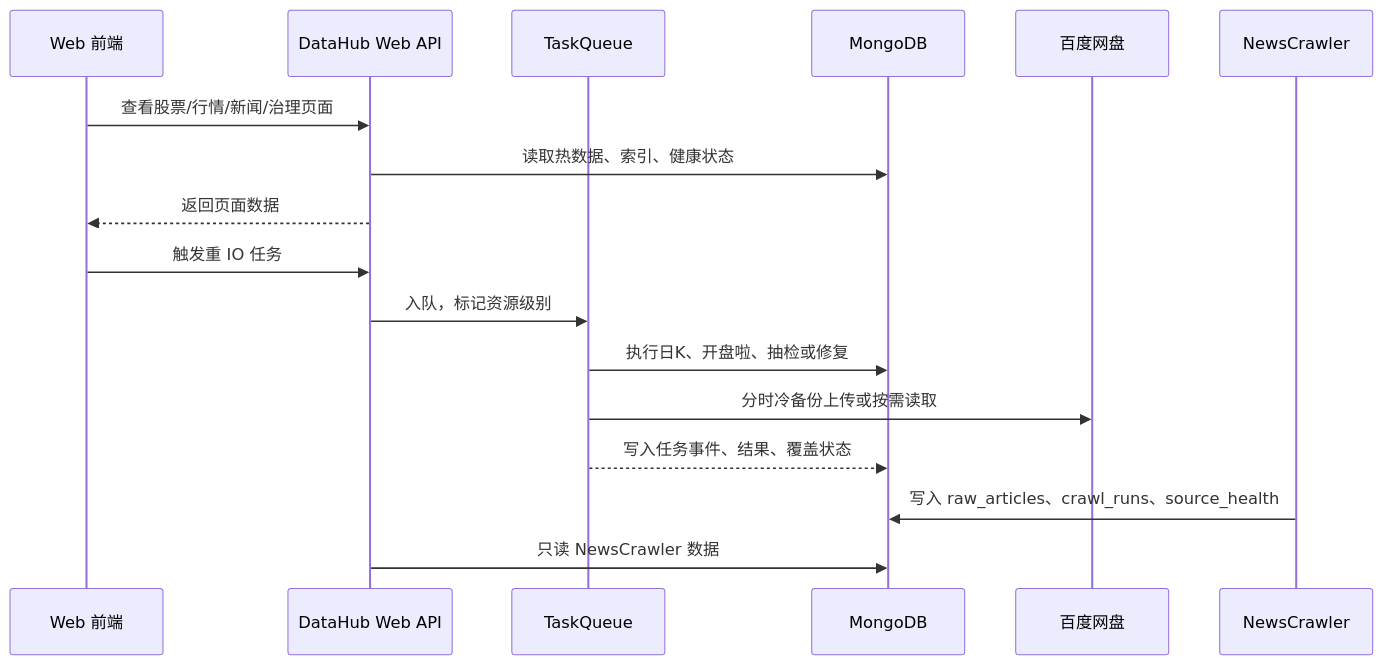
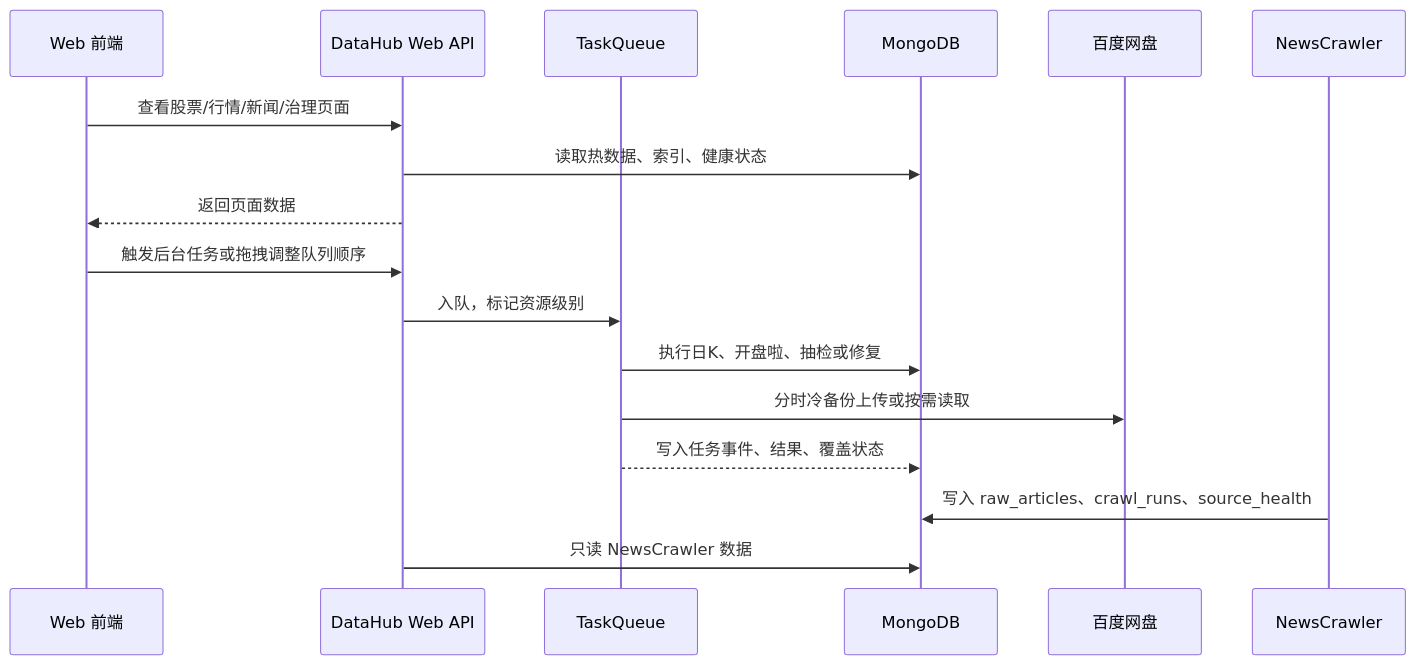
Before and after one commit to scybl/NewsAnalysis: the third of 4 diagrams in docs/ARCHITECTURE.md, drawn with Mermaid. The commit also changed other lines of this file and 20 other files, not shown here.

````diff
--- a/docs/ARCHITECTURE.md
+++ b/docs/ARCHITECTURE.md
@@ -106,22 +106,22 @@
 ```mermaid
 sequenceDiagram
     participant UI as Web 前端
     participant API as DataHub Web API
     participant Queue as TaskQueue
     participant Mongo as MongoDB
     participant BDPan as 百度网盘
     participant NC as NewsCrawler
 
     UI->>API: 查看股票/行情/新闻/治理页面
     API->>Mongo: 读取热数据、索引、健康状态
     API-->>UI: 返回页面数据
 
-    UI->>API: 触发重 IO 任务
+    UI->>API: 触发后台任务或拖拽调整队列顺序
     API->>Queue: 入队，标记资源级别
     Queue->>Mongo: 执行日K、开盘啦、抽检或修复
     Queue->>BDPan: 分时冷备份上传或按需读取
     Queue-->>Mongo: 写入任务事件、结果、覆盖状态
 
     NC->>Mongo: 写入 raw_articles、crawl_runs、source_health
     API->>Mongo: 只读 NewsCrawler 数据
 ```
````
